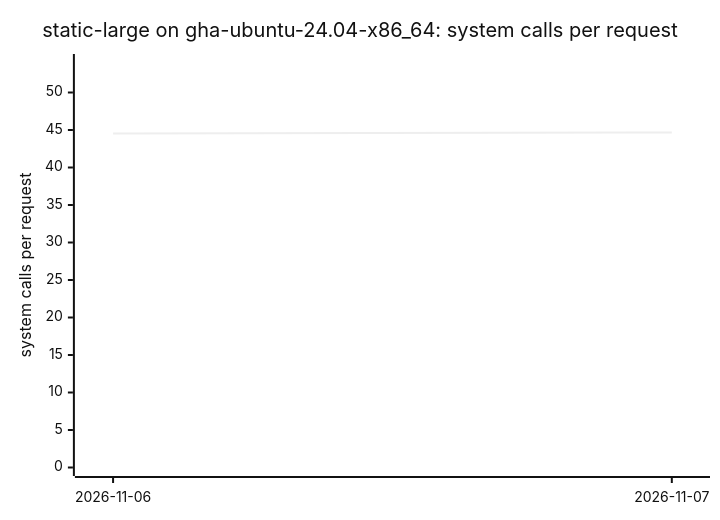
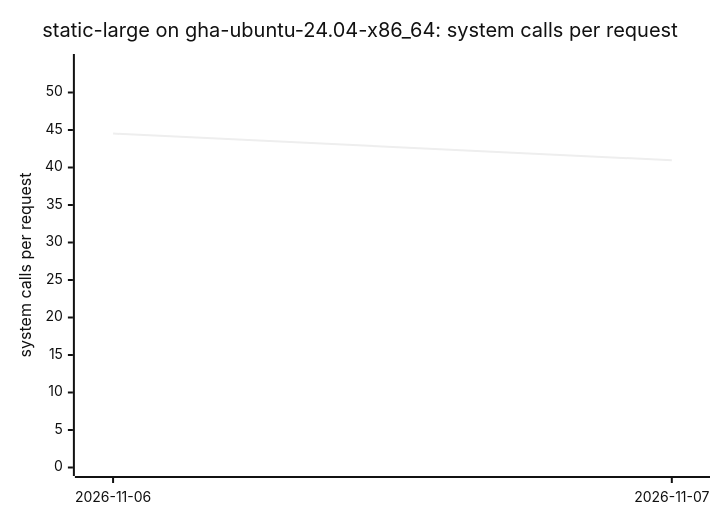
The tenth of 16 diagrams in BENCHMARKS.md (ThePixelPilgrim/durchlauferhitzer), drawn with Mermaid (neutral theme) before and after one commit. The commit also changed other lines of this file and 1 other file, not shown here.

````diff
--- a/BENCHMARKS.md
+++ b/BENCHMARKS.md
@@ -106,7 +117,7 @@
 ```mermaid
 xychart-beta
   title "static-large on gha-ubuntu-24.04-x86_64: system calls per request"
   x-axis ["2026-11-06", "2026-11-07"]
   y-axis "system calls per request" 0 --> 54
-  line [44.52, 44.67]
+  line [44.52, 40.96]
 ```
````
